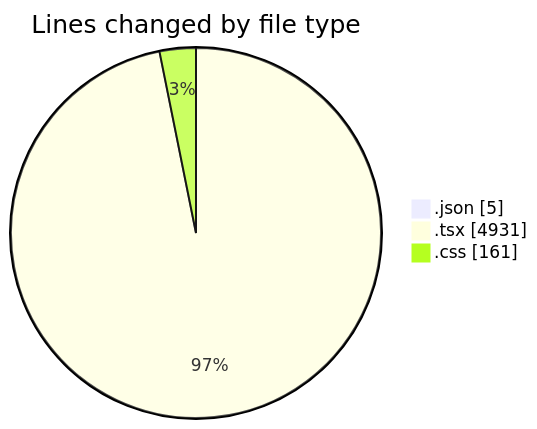
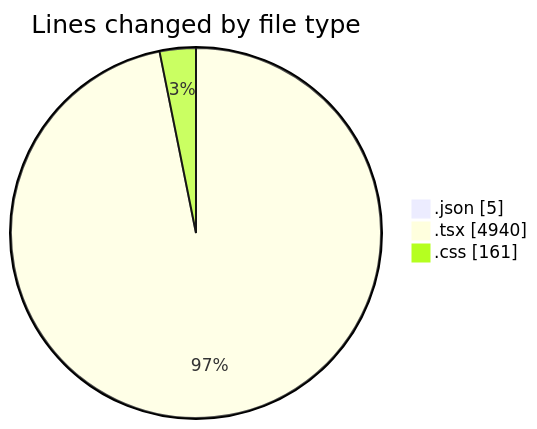
Before and after one commit to Elitesun/code-tracking: the first of 2 diagrams in 2025-05-29/advertise/README.md, drawn with Mermaid. The commit also changed other lines of this file and 1 other file, not shown here.

````diff
--- a/2025-05-29/advertise/README.md
+++ b/2025-05-29/advertise/README.md
@@ -40,7 +40,7 @@
 ```mermaid
 pie showData
 title Lines changed by file type
 ".json" : 5
-".tsx" : 4931
+".tsx" : 4940
 ".css" : 161
 ```
````
